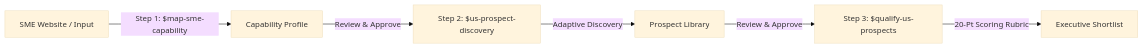
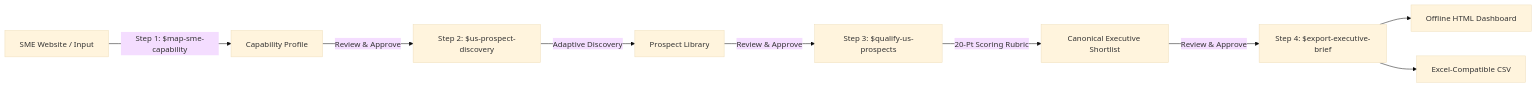
One commit to hyhunss/sg-semicon-profiler changed the diagram in README.md. Above: the diagram before and after it, drawn with Mermaid (base theme). The commit also changed other lines of this file and 12 other files, not shown here.

````diff
--- a/README.md
+++ b/README.md
@@ -69,8 +73,11 @@
 ```mermaid
 flowchart LR
     A[SME Website / Input] -->|Step 1: $map-sme-capability| B[Capability Profile]
     B -->|Review & Approve| C[Step 2: $us-prospect-discovery]
     C -->|Adaptive Discovery| D[Prospect Library]
     D -->|Review & Approve| E[Step 3: $qualify-us-prospects]
-    E -->|20-Pt Scoring Rubric| F[Executive Shortlist]
+    E -->|20-Pt Scoring Rubric| F[Canonical Executive Shortlist]
+    F -->|Review & Approve| G[Step 4: $export-executive-brief]
+    G --> H[Offline HTML Dashboard]
+    G --> I[Excel-Compatible CSV]
 ```
````
